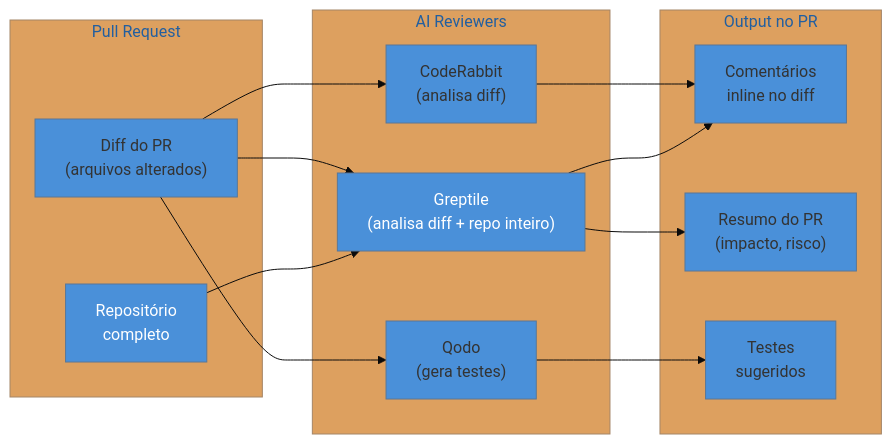
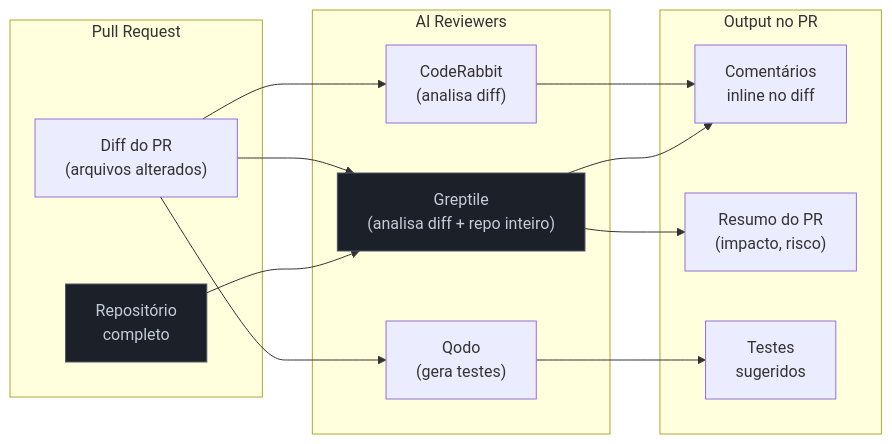
Before and after one commit to josenaldo/codex-technomanticus: the fourth of 7 diagrams in 03-Dominios/Tecnologia/Tooling e Build/25 - IA no tooling e build.md, drawn with Mermaid. The commit also changed other lines of this file and 1181 other files, not shown here.

First line of the commit message:
fix(diagramas): paleta do sistema no lugar de cor cravada no markdown

````diff
--- a/03-Dominios/Tecnologia/Tooling e Build/25 - IA no tooling e build.md
+++ b/03-Dominios/Tecnologia/Tooling e Build/25 - IA no tooling e build.md
@@ -251,33 +252,33 @@
 ```mermaid
-%%{init: {"theme": "base", "themeVariables": {"primaryColor": "#4A90D9"}}}%%
 graph LR
+    classDef neutro fill:#1B2029,stroke:#4E5666,color:#C6CCD8
     subgraph PR["Pull Request"]
         DIFF["Diff do PR\n(arquivos alterados)"]
         FULL["Repositório\ncompleto"]
     end
 
     subgraph Ferramentas["AI Reviewers"]
         CR["CodeRabbit\n(analisa diff)"]
         GR["Greptile\n(analisa diff + repo inteiro)"]
         QD["Qodo\n(gera testes)"]
     end
 
     subgraph Output["Output no PR"]
         COM["Comentários\ninline no diff"]
         SUM["Resumo do PR\n(impacto, risco)"]
         TST["Testes\nsugeridos"]
     end
 
     DIFF --> CR
     DIFF --> GR
     FULL --> GR
     DIFF --> QD
 
     CR --> COM
     GR --> COM
     GR --> SUM
     QD --> TST
 
-    style GR fill:#4A90D9,color:#fff
-    style FULL fill:#4A90D9,color:#fff
+    class GR neutro
+    class FULL neutro
 ```
````
